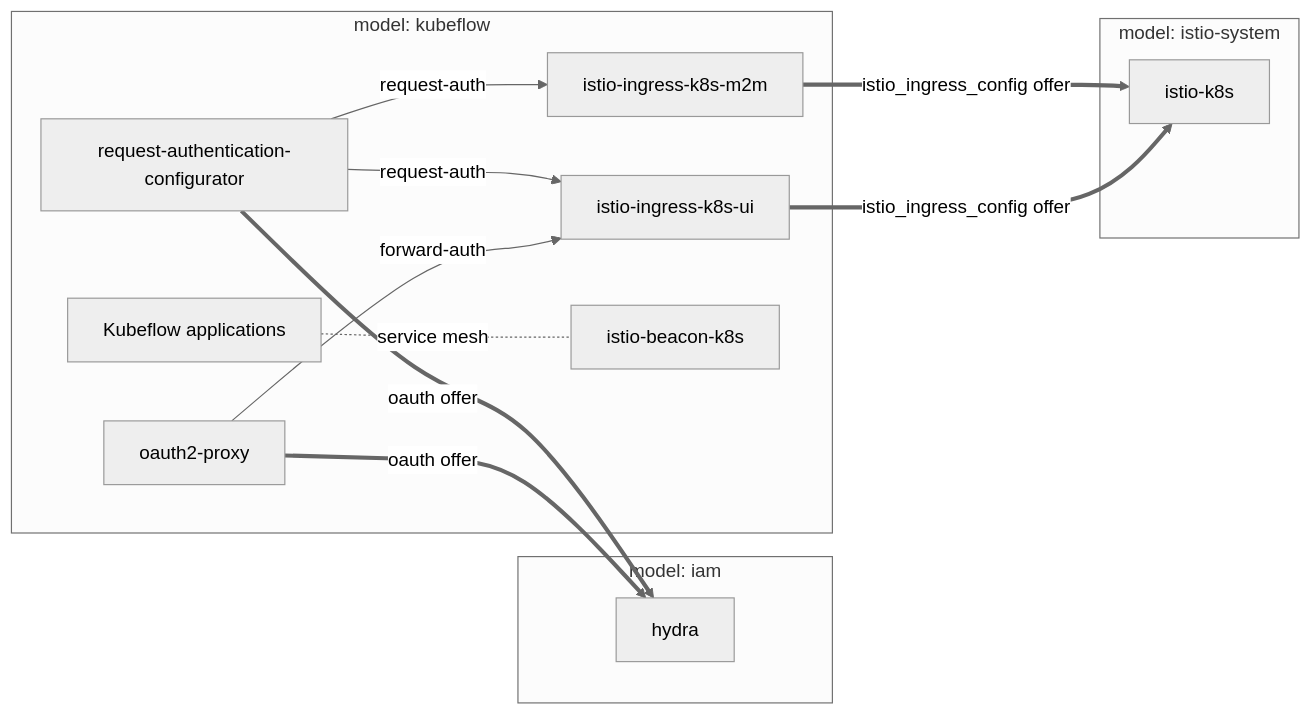
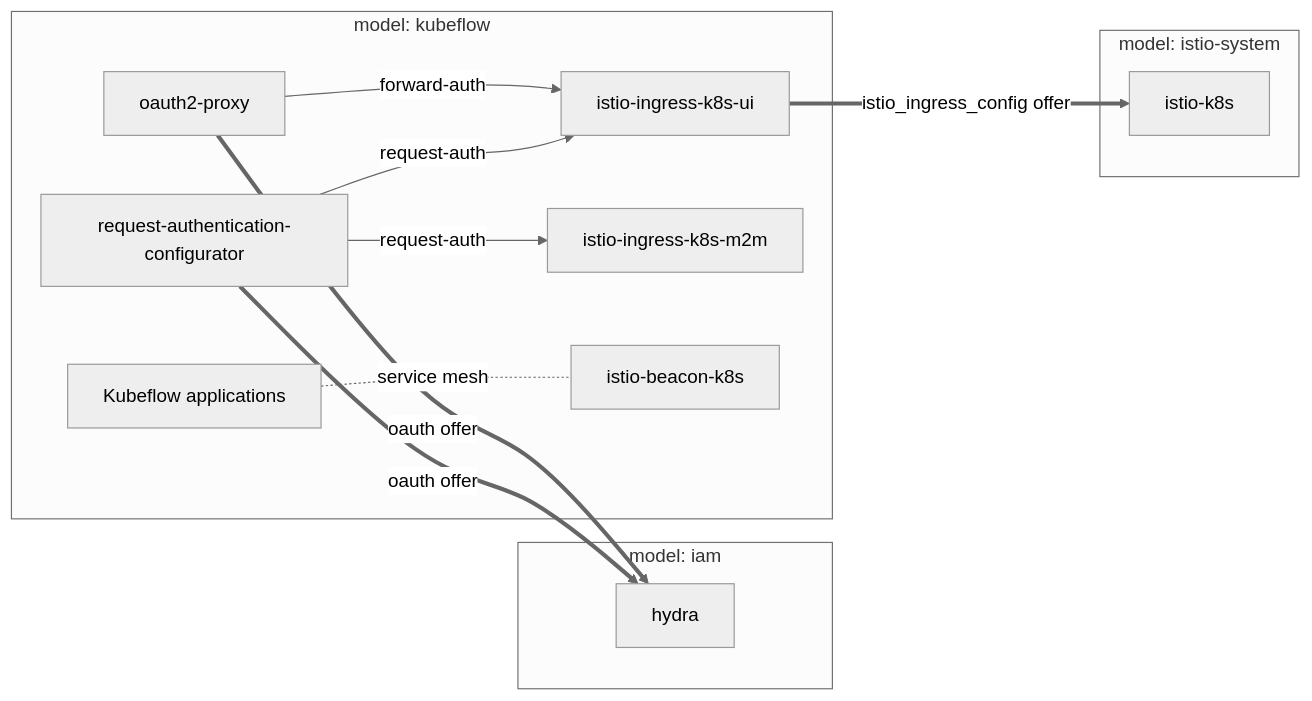
One commit to canonical/charmed-kubeflow-solutions changed the diagram in terraform/tests/kubeflow-ambient-iam/README.md. Above: the diagram before and after it, drawn with Mermaid (neutral theme). The commit also changed other lines of this file and 13 other files, not shown here.

````diff
--- a/terraform/tests/kubeflow-ambient-iam/README.md
+++ b/terraform/tests/kubeflow-ambient-iam/README.md
@@ -15,26 +15,25 @@
 ```mermaid
 flowchart LR
   subgraph istioSystem["model: istio-system"]
     istiok8s[istio-k8s]
   end
   subgraph iam["model: iam"]
     hydra[hydra]
   end
   subgraph kubeflow["model: kubeflow"]
     ingUI[istio-ingress-k8s-ui]
     ingM2M[istio-ingress-k8s-m2m]
     beacon[istio-beacon-k8s]
     o2p[oauth2-proxy]
     rac[request-authentication-configurator]
     apps[Kubeflow applications]
   end
 
   ingUI == istio_ingress_config offer ==> istiok8s
-  ingM2M == istio_ingress_config offer ==> istiok8s
   o2p == oauth offer ==> hydra
   rac == oauth offer ==> hydra
   o2p -- forward-auth --> ingUI
   rac -- request-auth --> ingUI
   rac -- request-auth --> ingM2M
   apps -. service mesh .- beacon
 ```
````
